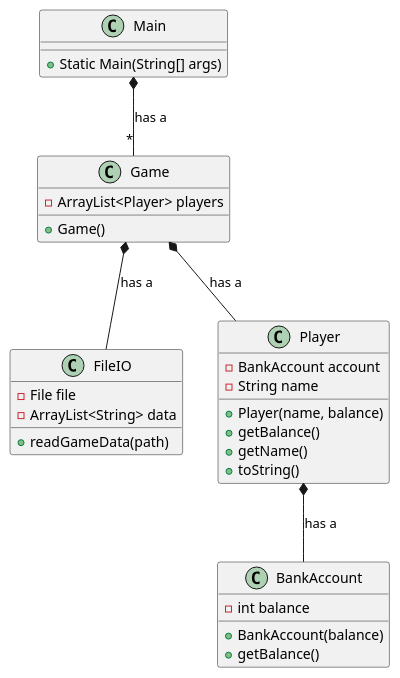
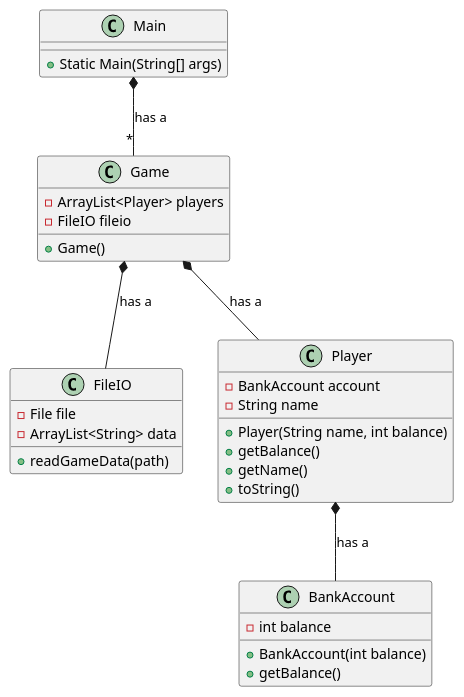
Before and after one commit to LucasHemm/IntelliJ: the diagram in Matador/out/production/Matador/Design.puml, drawn with PlantUML. The commit also changed 3 other files, not shown here.

```diff
--- a/Matador/out/production/Matador/Design.puml
+++ b/Matador/out/production/Matador/Design.puml
@@ -1,37 +1,38 @@
 @startuml
 class Game
 class Main
 class FileIO
 class Player
 class BankAccount
 
 Main  *-- "*"Game  : has a
 Game *-- Player : has a
 Player *-- BankAccount : has a
 Game *-- FileIO : has a
 
 Main : +Static Main(String[] args)
 
 Game : -ArrayList<Player> players
+Game : -FileIO fileio
 Game : +Game()
 
 Player : -BankAccount account
 Player : -String name
-Player : +Player(name, balance)
+Player : +Player(String name, int balance)
 Player : +getBalance()
 Player : +getName()
 Player : +toString()
 
 FileIO : +readGameData(path)
 FileIO : -File file
 FileIO : -ArrayList<String> data
 
 BankAccount : -int balance
-BankAccount : +BankAccount(balance)
+BankAccount : +BankAccount(int balance)
 BankAccount : +getBalance()
 
 
 
 
 
 @enduml
```
